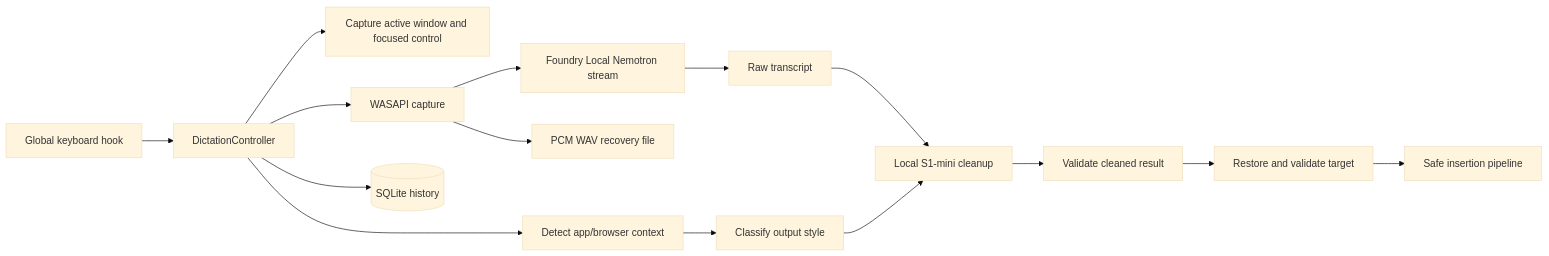
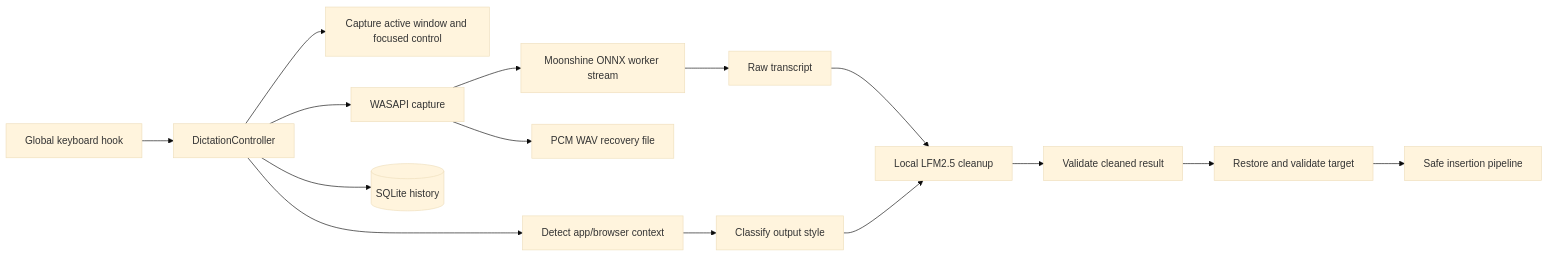
The diagram in docs/architecture.md (kpsr01/flow_local), drawn with Mermaid (base theme) before and after one commit. The commit also changed other lines of this file and 21 other files, not shown here.

````diff
--- a/docs/architecture.md
+++ b/docs/architecture.md
@@ -15,17 +15,17 @@
 ```mermaid
 flowchart LR
   K[Global keyboard hook] --> C[DictationController]
   C --> T[Capture active window and focused control]
   C --> X[Detect app/browser context]
   X --> S[Classify output style]
   C --> A[WASAPI capture]
   A --> W[PCM WAV recovery file]
-  A --> N[Foundry Local Nemotron stream]
+  A --> N[Moonshine ONNX worker stream]
   N --> R[Raw transcript]
-  R --> L[Local S1-mini cleanup]
+  R --> L[Local LFM2.5 cleanup]
   S --> L
   L --> V[Validate cleaned result]
   V --> I[Restore and validate target]
   I --> P[Safe insertion pipeline]
   C --> D[(SQLite history)]
 ```
````
